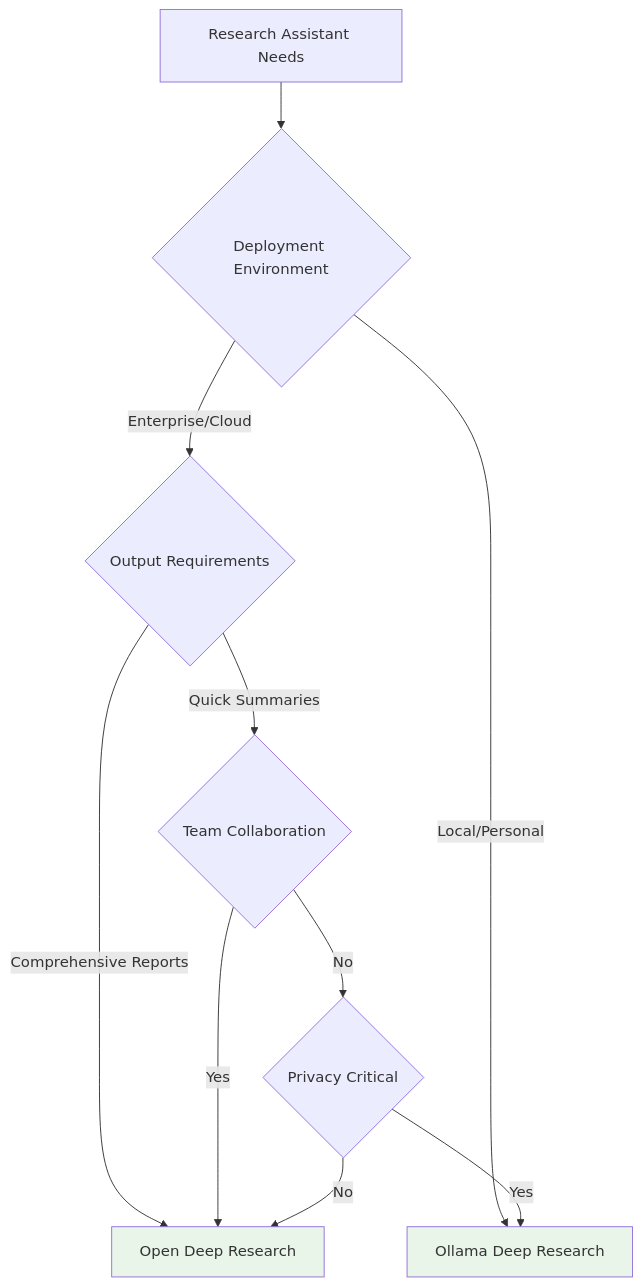
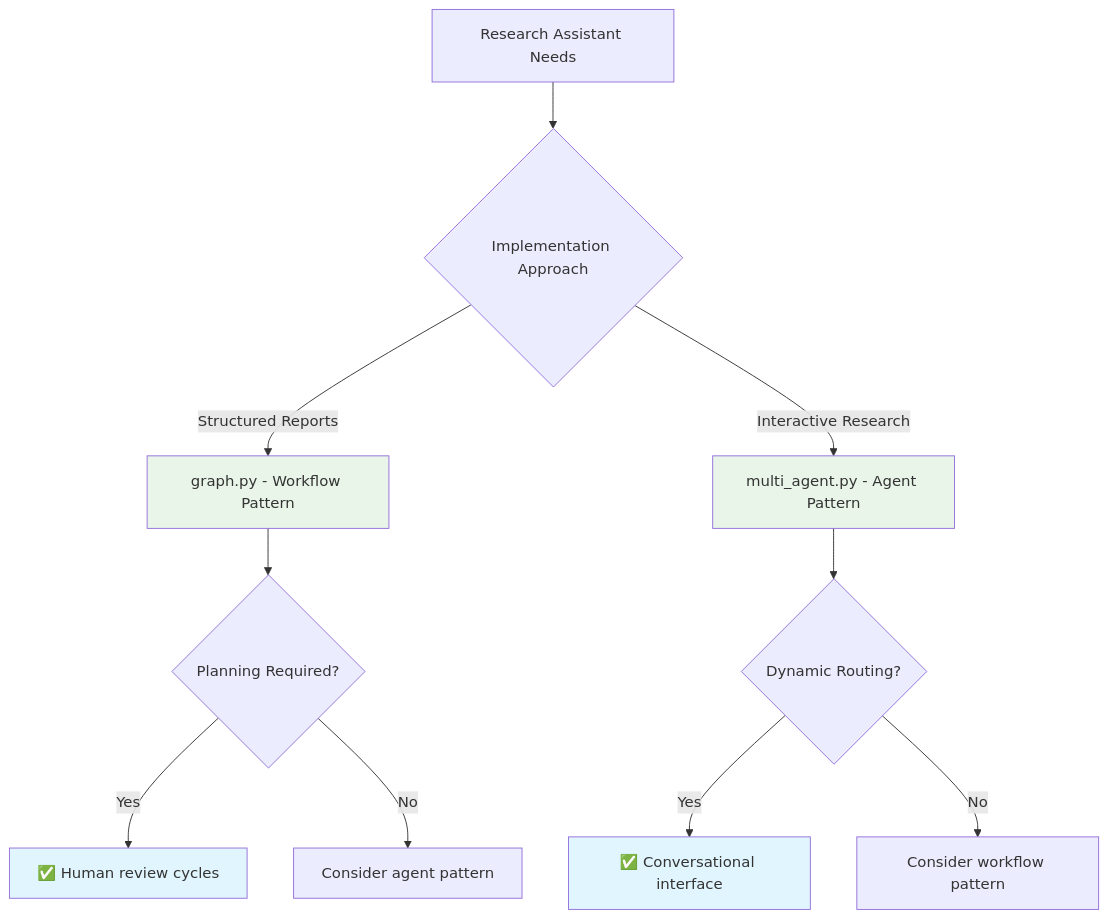
The sixth of 6 diagrams in langgraph_deep_research.md (donbr/langgraph-unleashed), drawn with Mermaid before and after one commit. The commit also changed other lines of this file and 3 other files, not shown here.

````diff
--- a/langgraph_deep_research.md
+++ b/langgraph_deep_research.md
@@ -255,17 +345,19 @@
 ```mermaid
 flowchart TD
-    A[Research Assistant Needs] --> B{Deployment Environment}
-    B -->|Enterprise/Cloud| C{Output Requirements}
-    B -->|Local/Personal| D[Ollama Deep Research]
+    A[Research Assistant Needs] --> B{Implementation Approach}
+    B -->|Structured Reports| C[graph.py - Workflow Pattern]
+    B -->|Interactive Research| D[multi_agent.py - Agent Pattern]
     
-    C -->|Comprehensive Reports| E[Open Deep Research]
-    C -->|Quick Summaries| F{Team Collaboration}
+    C --> E{Planning Required?}
+    E -->|Yes| F[✅ Human review cycles]
+    E -->|No| G[Consider agent pattern]
     
-    F -->|Yes| E
-    F -->|No| G{Privacy Critical}
-    G -->|Yes| D
-    G -->|No| E
+    D --> H{Dynamic Routing?}
+    H -->|Yes| I[✅ Conversational interface]
+    H -->|No| J[Consider workflow pattern]
     
-    style E fill:#e8f5e8
+    style C fill:#e8f5e8
     style D fill:#e8f5e8
+    style F fill:#e1f5fe
+    style I fill:#e1f5fe
 ```
````
